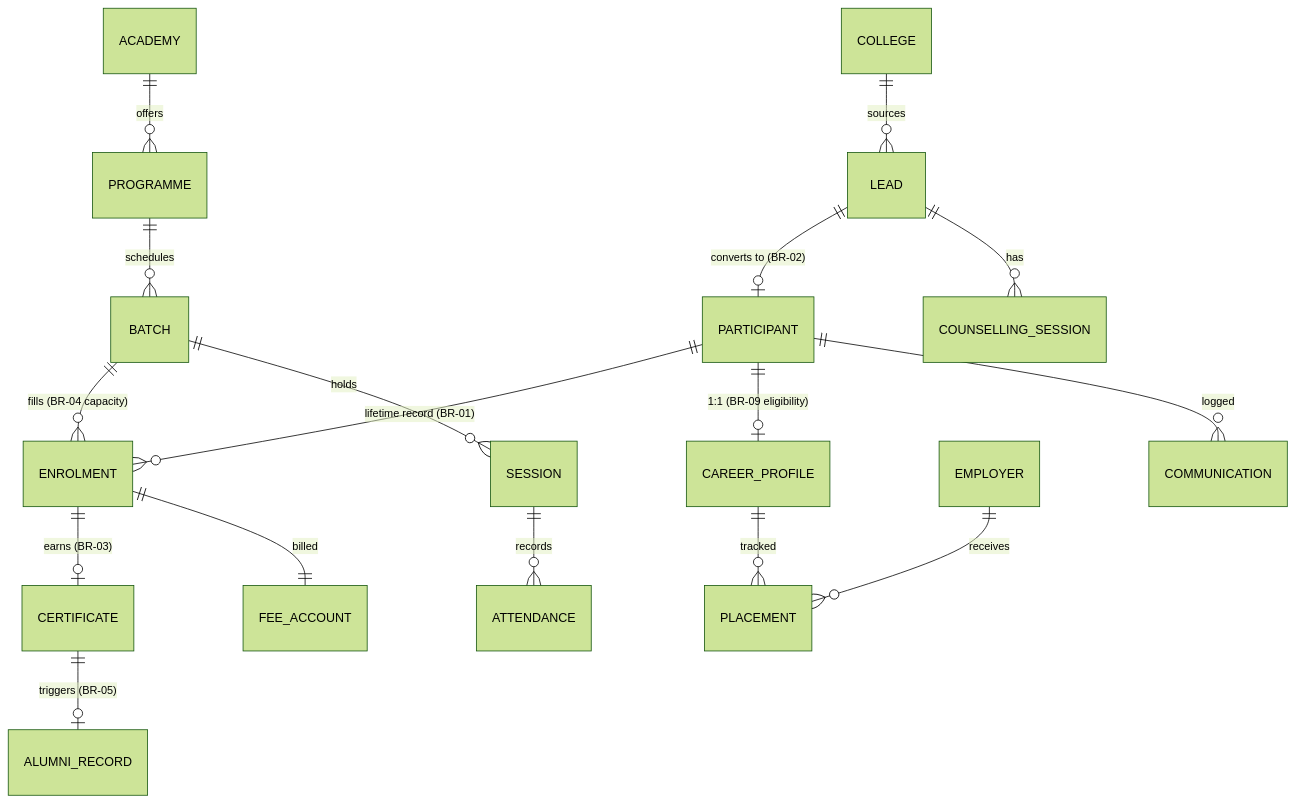
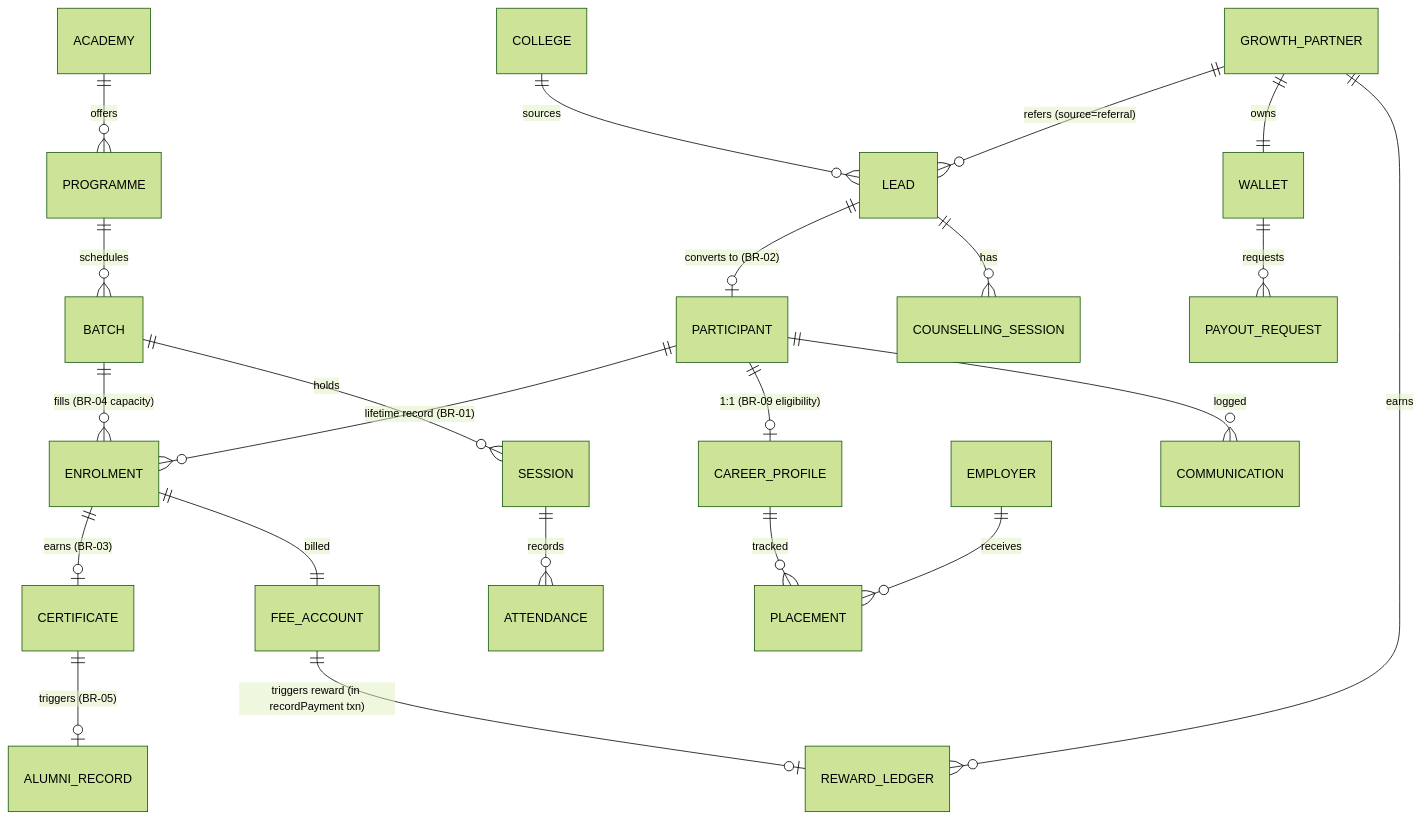
One commit to Sl-Developer19/terranext-crm changed the diagram in docs/03-database-blueprint.md. Above: the diagram before and after it, drawn with Mermaid (forest theme). The commit also changed other lines of this file and 195 other files, not shown here.

````diff
--- a/docs/03-database-blueprint.md
+++ b/docs/03-database-blueprint.md
@@ -173,19 +221,24 @@
 ```mermaid
 erDiagram
     LEAD ||--o| PARTICIPANT : "converts to (BR-02)"
     COLLEGE ||--o{ LEAD : sources
     LEAD ||--o{ COUNSELLING_SESSION : has
     PARTICIPANT ||--o{ ENROLMENT : "lifetime record (BR-01)"
     ACADEMY ||--o{ PROGRAMME : offers
     PROGRAMME ||--o{ BATCH : schedules
     BATCH ||--o{ ENROLMENT : "fills (BR-04 capacity)"
     BATCH ||--o{ SESSION : holds
     SESSION ||--o{ ATTENDANCE : records
     ENROLMENT ||--o| CERTIFICATE : "earns (BR-03)"
     CERTIFICATE ||--o| ALUMNI_RECORD : "triggers (BR-05)"
     PARTICIPANT ||--o| CAREER_PROFILE : "1:1 (BR-09 eligibility)"
     CAREER_PROFILE ||--o{ PLACEMENT : tracked
     EMPLOYER ||--o{ PLACEMENT : receives
     ENROLMENT ||--|| FEE_ACCOUNT : billed
     PARTICIPANT ||--o{ COMMUNICATION : logged
+    GROWTH_PARTNER ||--o{ LEAD : "refers (source=referral)"
+    GROWTH_PARTNER ||--|| WALLET : owns
+    GROWTH_PARTNER ||--o{ REWARD_LEDGER : earns
+    FEE_ACCOUNT ||--o| REWARD_LEDGER : "triggers reward (in recordPayment txn)"
+    WALLET ||--o{ PAYOUT_REQUEST : requests
 ```
````
